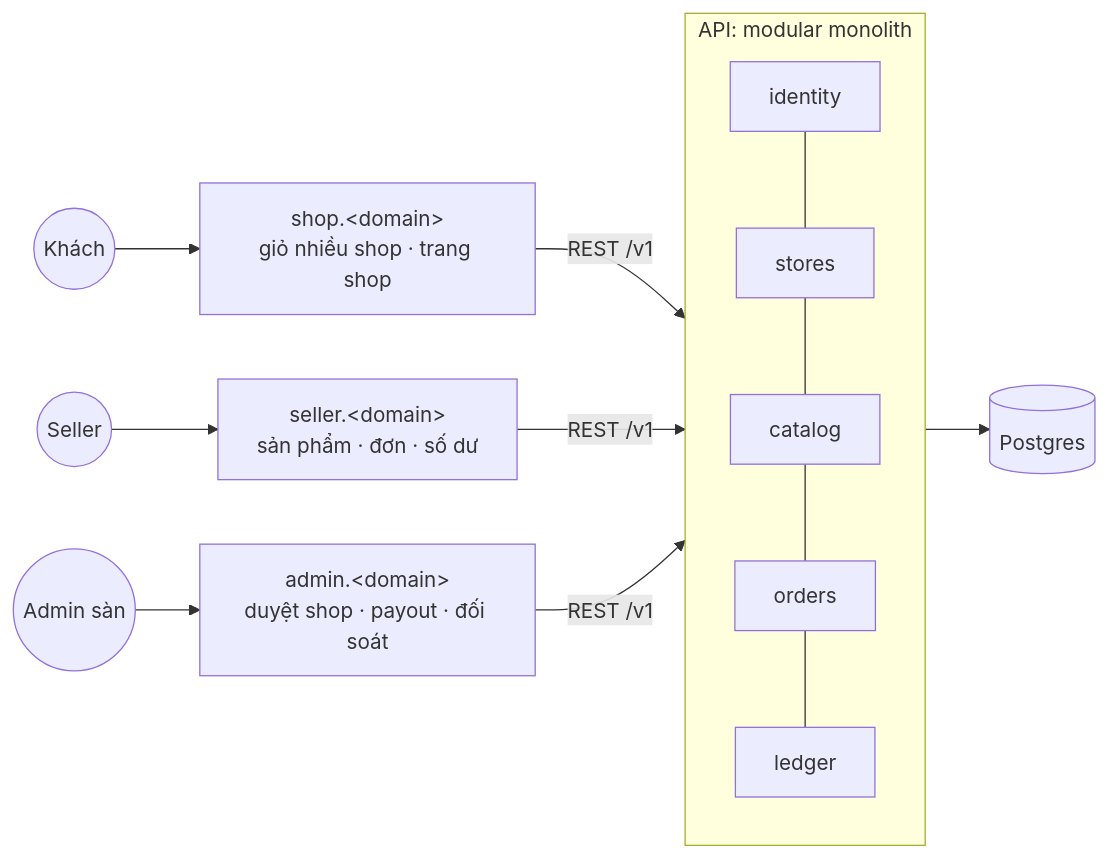
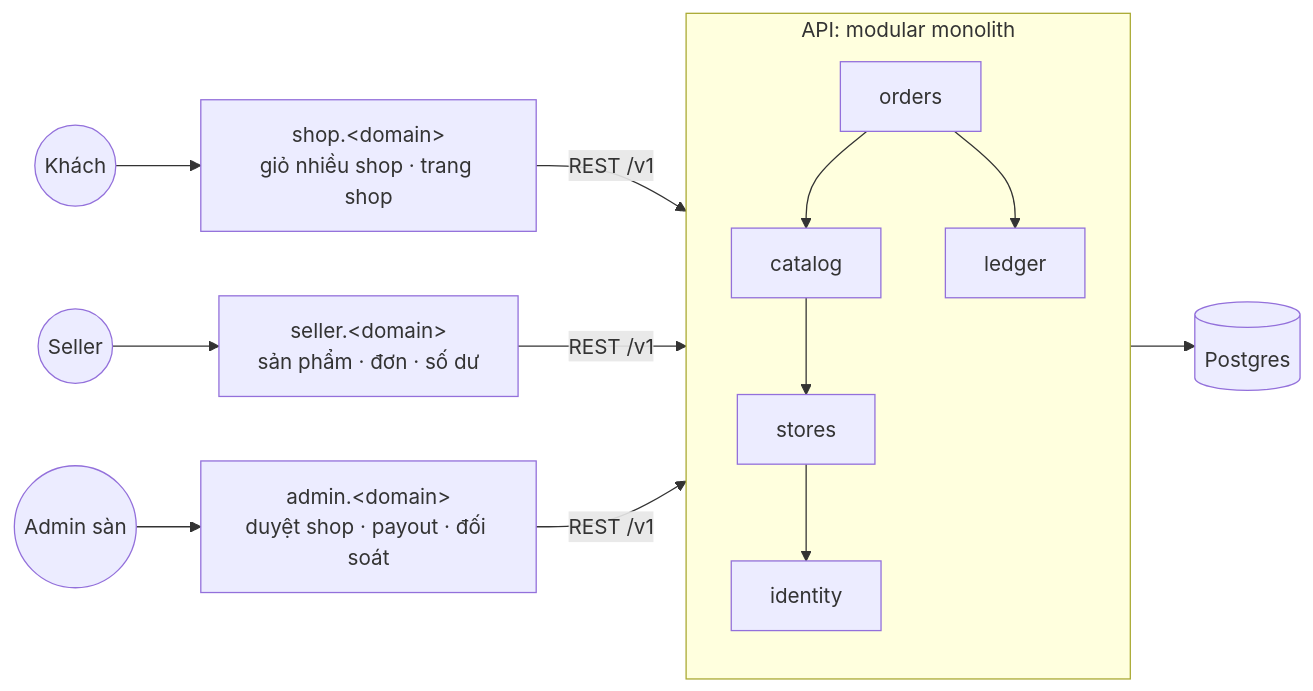
Before and after one commit to NQB37/PixelMart: the second of 3 diagrams in docs/v2/README.md, drawn with Mermaid. The commit also changed other lines of this file and 18 other files, not shown here.

````diff
--- a/docs/v2/README.md
+++ b/docs/v2/README.md
@@ -34,14 +34,14 @@
 ```mermaid
 flowchart LR
   C((Khách)) --> WEB["shop.&lt;domain&gt;<br/>giỏ nhiều shop · trang shop"]
   S((Seller)) --> SEL["seller.&lt;domain&gt;<br/>sản phẩm · đơn · số dư"]
   AD((Admin sàn)) --> ADM["admin.&lt;domain&gt;<br/>duyệt shop · payout · đối soát"]
   WEB & SEL & ADM -->|REST /v1| API
   subgraph API["API: modular monolith"]
-    ID[identity] --- ST[stores]
-    ST --- CA[catalog]
-    CA --- OR[orders]
-    OR --- LE[ledger]
+    OR[orders] --> CA[catalog]
+    CA --> ST[stores]
+    ST --> ID[identity]
+    OR --> LE[ledger]
   end
   API --> DB[(Postgres)]
 ```
````
